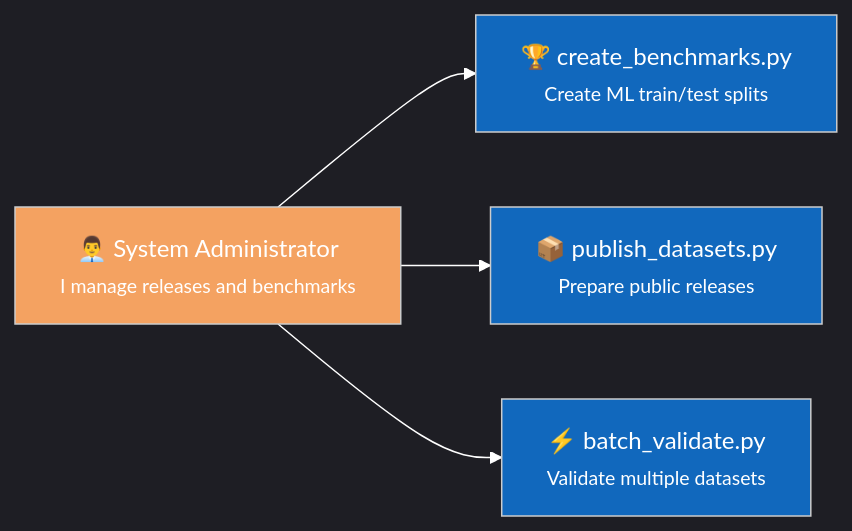
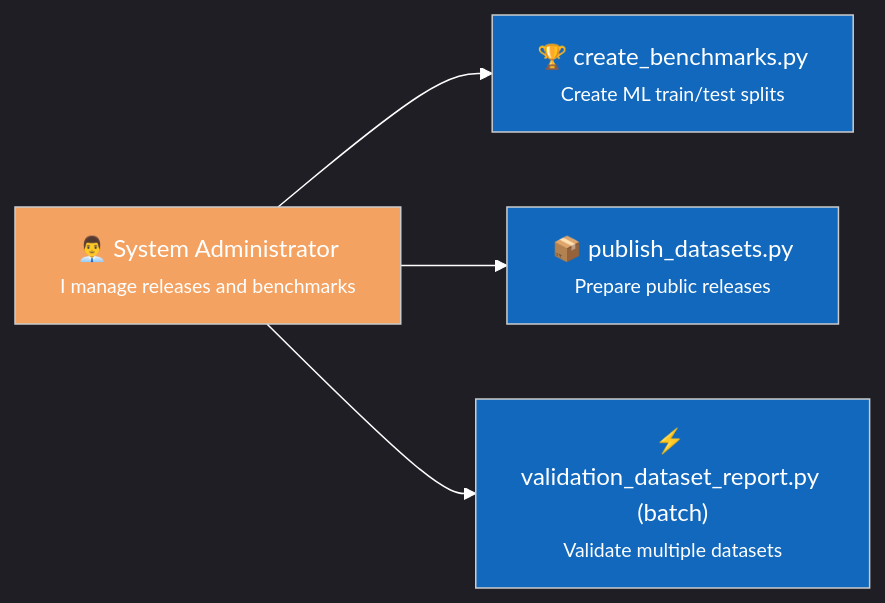
One commit to jmontp/LocoHub changed the third of 7 diagrams in docs/software_engineering/11_c4_context.md. Above: the diagram before and after it, drawn with Mermaid. The commit also changed other lines of this file and 19 other files, not shown here.

````diff
--- a/docs/software_engineering/11_c4_context.md
+++ b/docs/software_engineering/11_c4_context.md
@@ -45,16 +109,16 @@
 ```mermaid
 %%{init: {'theme': 'dark'}}%%
 graph LR
     SA["👨‍💼 System Administrator<br/><font size='-1'>I manage releases and benchmarks</font>"]
     
     SA --> BENCHMARK["🏆 create_benchmarks.py<br/><font size='-1'>Create ML train/test splits</font>"]
     SA --> PUBLISH["📦 publish_datasets.py<br/><font size='-1'>Prepare public releases</font>"]
-    SA --> BATCH["⚡ batch_validate.py<br/><font size='-1'>Validate multiple datasets</font>"]
+    SA --> BATCH["⚡ validation_dataset_report.py (batch)<br/><font size='-1'>Validate multiple datasets</font>"]
     
     style SA fill:#f4a261,color:white
     style BENCHMARK fill:#1168bd,color:white
     style PUBLISH fill:#1168bd,color:white
     style BATCH fill:#1168bd,color:white
     
     linkStyle default stroke:white
 ```
````
